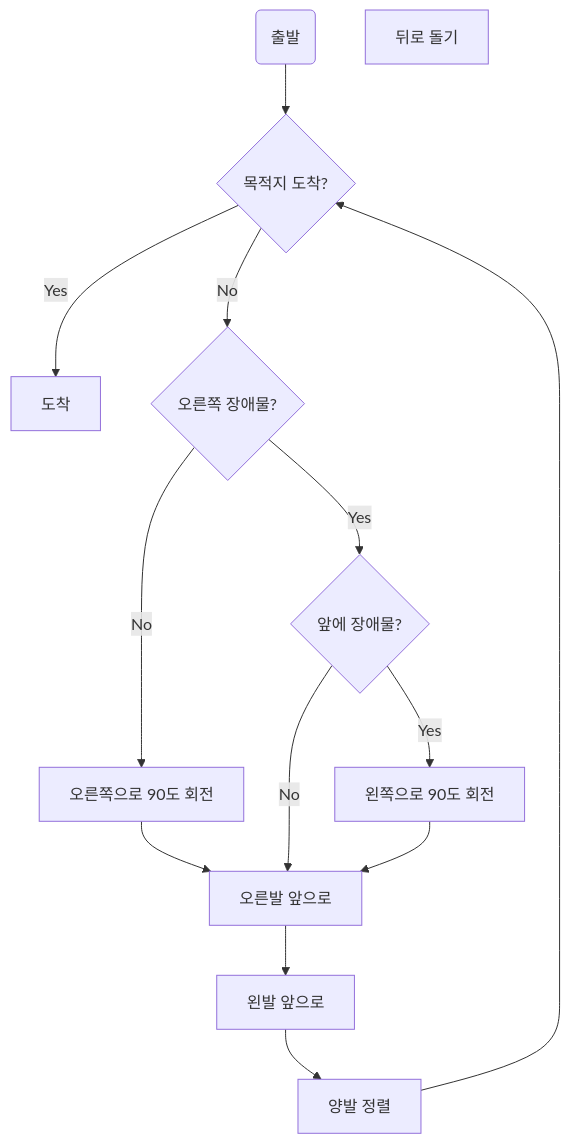
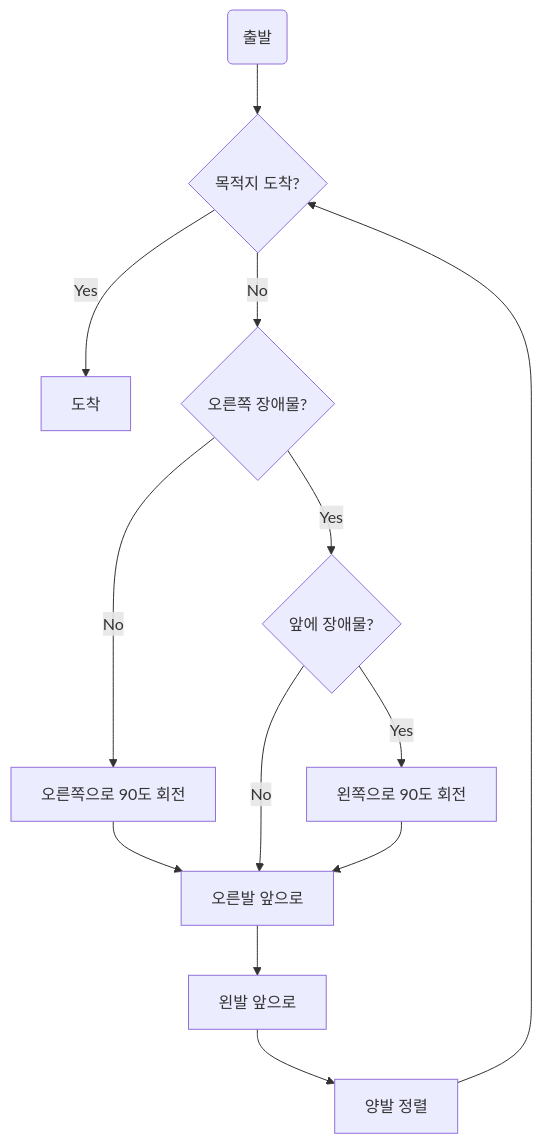
The diagram in 1주차 1차시.md (totwjfakd/202302-illegalstudy-JS), drawn with Mermaid before and after one commit.

Commit message:
순서도 변경2

````diff
--- a/1주차 1차시.md
+++ b/1주차 1차시.md
@@ -21,24 +21,24 @@
 ```mermaid
 graph TB
 A(출발)-->B;
 B{목적지 도착?} --> |Yes| Z;
 B -->|No| C
 C{오른쪽 장애물?}
 C --> |No| D
 D[오른쪽으로 90도 회전]
-H[뒤로 돌기]
+
 I{앞에 장애물?}
 D --> E
 E[오른발 앞으로]
 F[왼발 앞으로]
 G[양발 정렬]
 C --> |Yes| I
 I --> |No|E
 I --> |Yes| J
 J[왼쪽으로 90도 회전]
 J --> E
 E --> F
 F --> G
 G --> B
 Z[도착]
 ```
````
